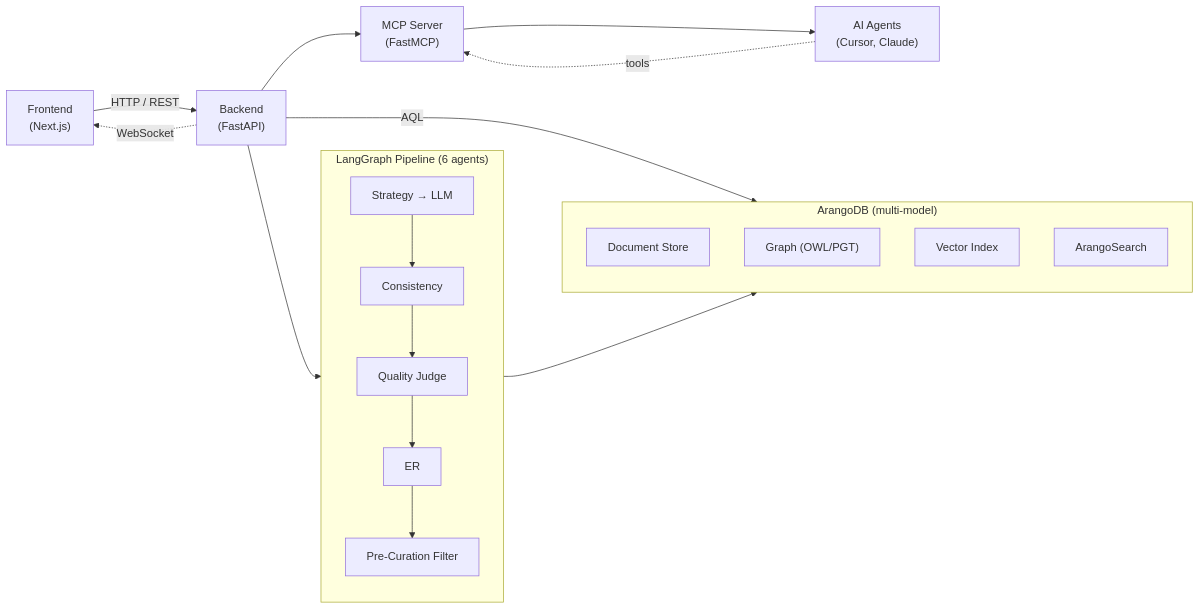
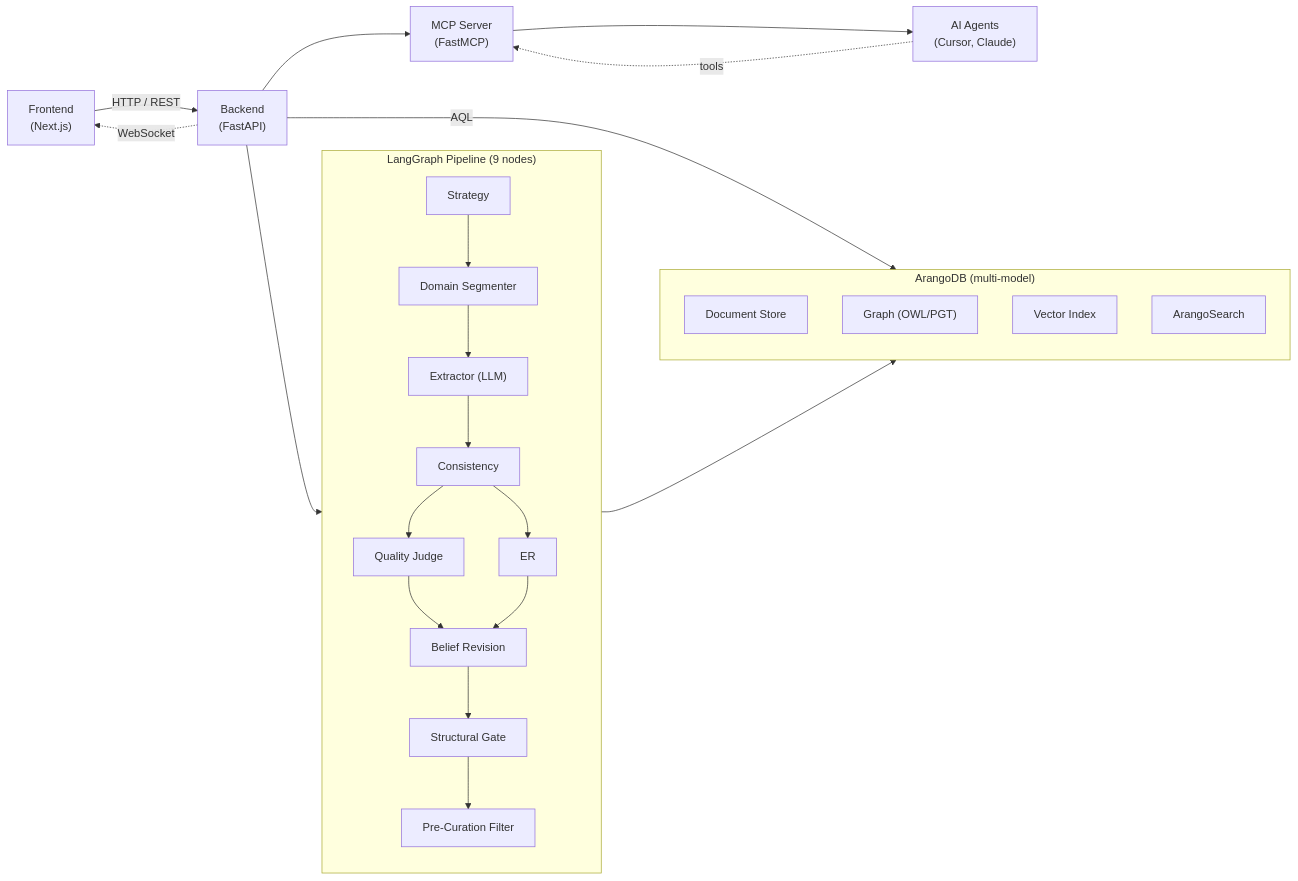
One commit to ArthurKeen/arango-ontoextract changed the diagram in README.md. Above: the diagram before and after it, drawn with Mermaid. The commit also changed other lines of this file, not shown here.

````diff
--- a/README.md
+++ b/README.md
@@ -13,35 +13,42 @@
 ```mermaid
 flowchart LR
     FE["Frontend<br/>(Next.js)"]
     BE["Backend<br/>(FastAPI)"]
     MCP["MCP Server<br/>(FastMCP)"]
     AI["AI Agents<br/>(Cursor, Claude)"]
 
-    subgraph Pipeline["LangGraph Pipeline (6 agents)"]
+    subgraph Pipeline["LangGraph Pipeline (9 nodes)"]
         direction TB
-        P1["Strategy → LLM"]
-        P2["Consistency"]
-        P3["Quality Judge"]
-        P4["ER"]
-        P5["Pre-Curation Filter"]
-        P1 --> P2 --> P3
-        P3 --> P4 --> P5
+        P1["Strategy"]
+        P2["Domain Segmenter"]
+        P3["Extractor (LLM)"]
+        P4["Consistency"]
+        P5["Quality Judge"]
+        P6["ER"]
+        P7["Belief Revision"]
+        P8["Structural Gate"]
+        P9["Pre-Curation Filter"]
+        P1 --> P2 --> P3 --> P4
+        P4 --> P5 & P6
+        P5 --> P7
+        P6 --> P7
+        P7 --> P8 --> P9
     end
 
     subgraph Arango["ArangoDB (multi-model)"]
         direction TB
         DS["Document Store"]
         GR["Graph (OWL/PGT)"]
         VI["Vector Index"]
         AS["ArangoSearch"]
     end
 
     FE -->|HTTP / REST| BE
     BE -->|AQL| Arango
     BE --> Pipeline
     Pipeline --> Arango
     BE -.->|WebSocket| FE
     BE --> MCP
     MCP --> AI
     AI -.->|tools| MCP
 ```
````
